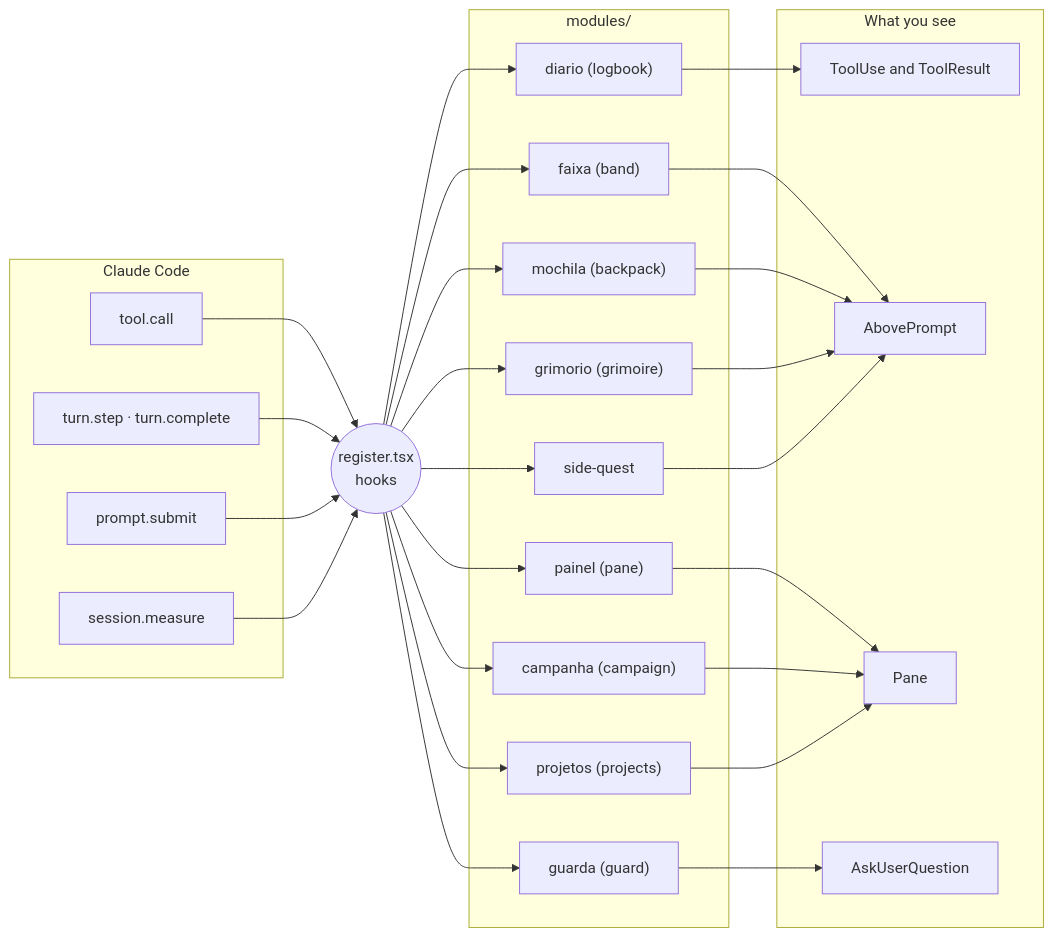
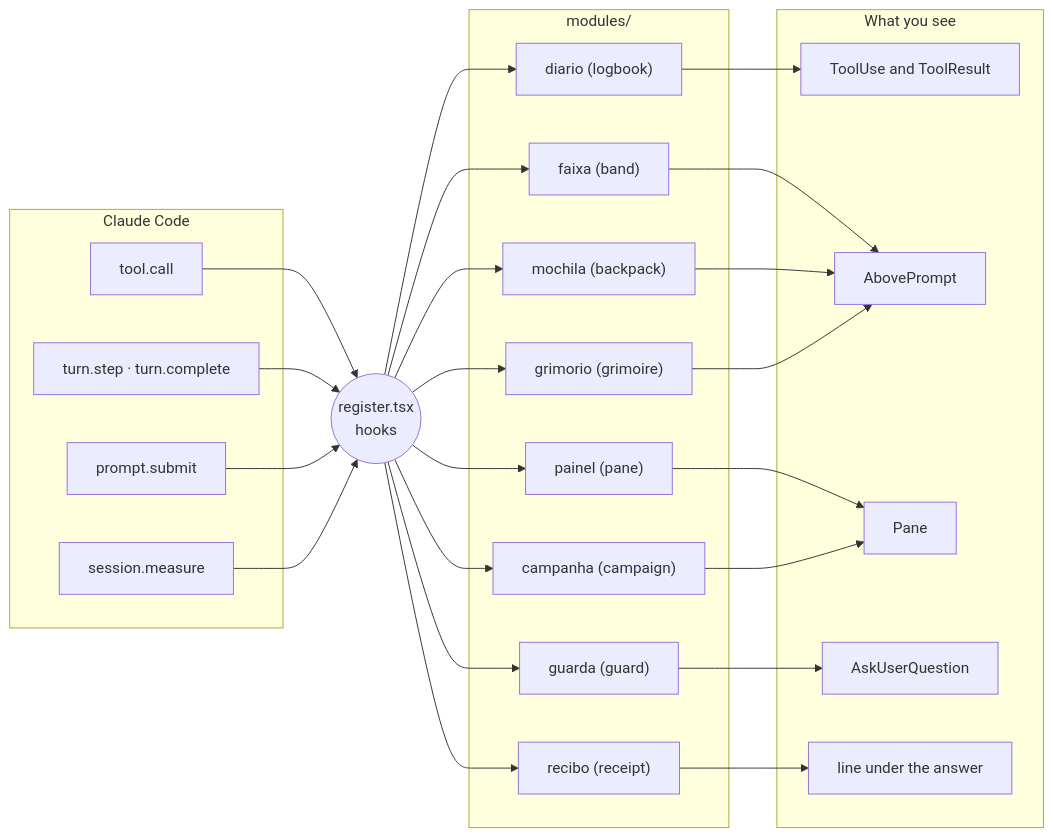
One commit to soulrocha/Claude-code-hero-journey changed the diagram in README.en.md. Above: the diagram before and after it, drawn with Mermaid. The commit also changed other lines of this file and 37 other files, not shown here.

````diff
--- a/README.en.md
+++ b/README.en.md
@@ -229,49 +227,47 @@
 ```mermaid
 flowchart LR
   subgraph Engine["Claude Code"]
     E1["tool.call"]
     E2["turn.step · turn.complete"]
     E3["prompt.submit"]
     E4["session.measure"]
   end
   R(("register.tsx<br/>hooks"))
   subgraph Modules["modules/"]
     D["diario (logbook)"]
     F["faixa (band)"]
     P["painel (pane)"]
     C["campanha (campaign)"]
     G["guarda (guard)"]
-    PR["projetos (projects)"]
     M["mochila (backpack)"]
     GR["grimorio (grimoire)"]
-    SQ["side-quest"]
+    RB["recibo (receipt)"]
   end
   subgraph Screens["What you see"]
     T1["ToolUse and ToolResult"]
     T2["AbovePrompt"]
     T3["Pane"]
     T4["AskUserQuestion"]
+    T5["line under the answer"]
   end
   E1 --> R
   E2 --> R
   E3 --> R
   E4 --> R
   R --> D
   R --> F
   R --> P
   R --> C
   R --> G
-  R --> PR
   R --> M
   R --> GR
-  R --> SQ
+  R --> RB
   D --> T1
   F --> T2
   M --> T2
   GR --> T2
-  SQ --> T2
   P --> T3
   C --> T3
-  PR --> T3
+  RB --> T5
   G --> T4
 ```
````
